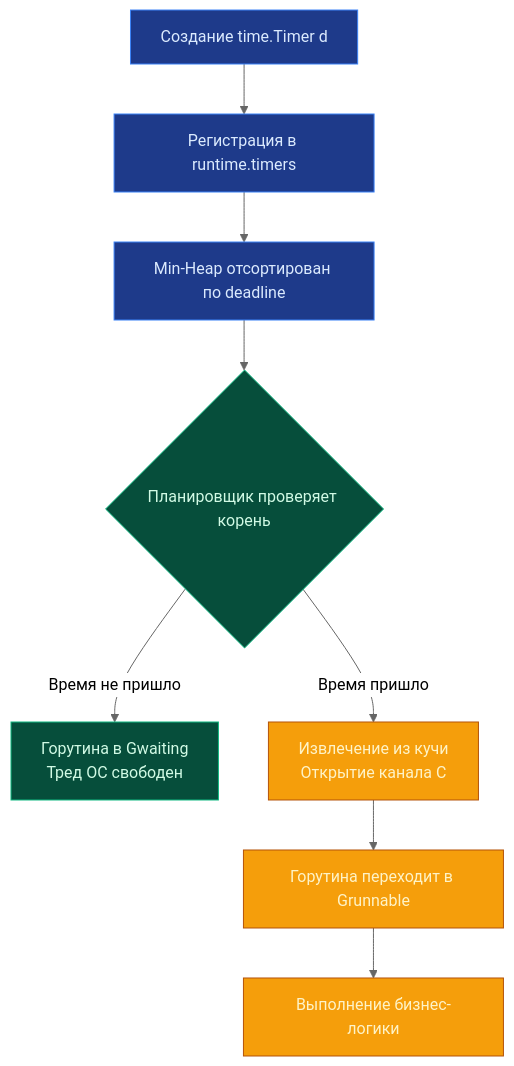
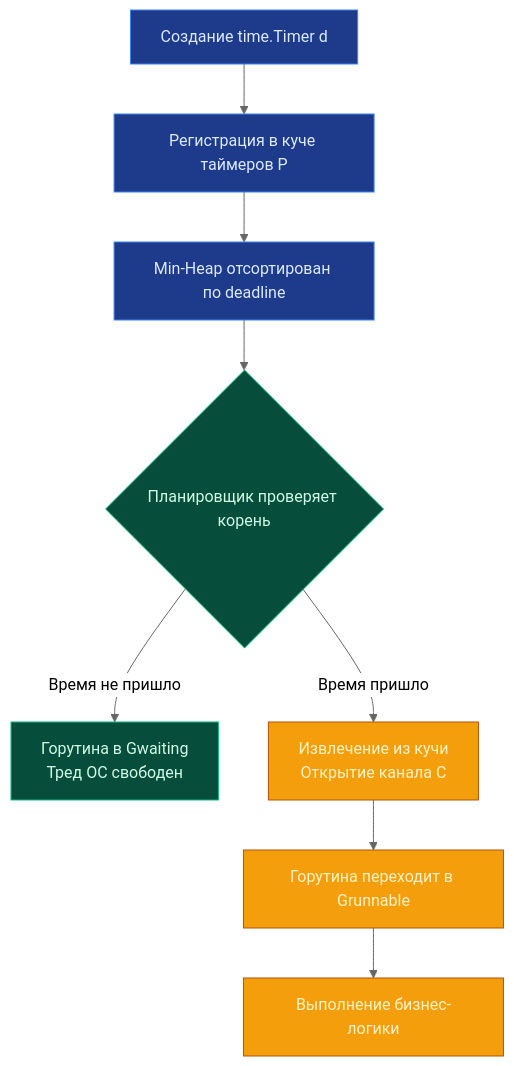
The diagram in sources/6. Стандартная библиотека Go/18. time. Даты, время, Duration, Timer, Ticker.md (UnrealTemplier/go-textbook-ru), drawn with Mermaid (neutral theme) before and after one commit. The commit also changed other lines of this file and 47 other files, not shown here.

````diff
--- a/sources/6. Стандартная библиотека Go/18. time. Даты, время, Duration, Timer, Ticker.md
+++ b/sources/6. Стандартная библиотека Go/18. time. Даты, время, Duration, Timer, Ticker.md
@@ -10,18 +10,18 @@
 ```mermaid
 flowchart TD
-    A["Создание time.Timer d"] --> B["Регистрация в runtime.timers"]
+    A["Создание time.Timer d"] --> B["Регистрация в куче таймеров P"]
     B --> C["Min-Heap отсортирован по deadline"]
     C --> D{"Планировщик проверяет корень"}
     D -->|Время не пришло| E["Горутина в Gwaiting<br>Тред ОС свободен"]
     D -->|Время пришло| F["Извлечение из кучи<br>Открытие канала C"]
     F --> G["Горутина переходит в Grunnable"]
     G --> H["Выполнение бизнес-логики"]
 
     classDef reg fill:#1e3a8a,stroke:#3b82f6,color:#dbeafe;
     classDef wait fill:#064e3b,stroke:#10b981,color:#d1fae5;
     classDef run fill:#f59e0b,stroke:#b45309,color:#fef3c7;
 
     class A,B,C reg;
     class D,E wait;
     class F,G,H run;
 ```
````
